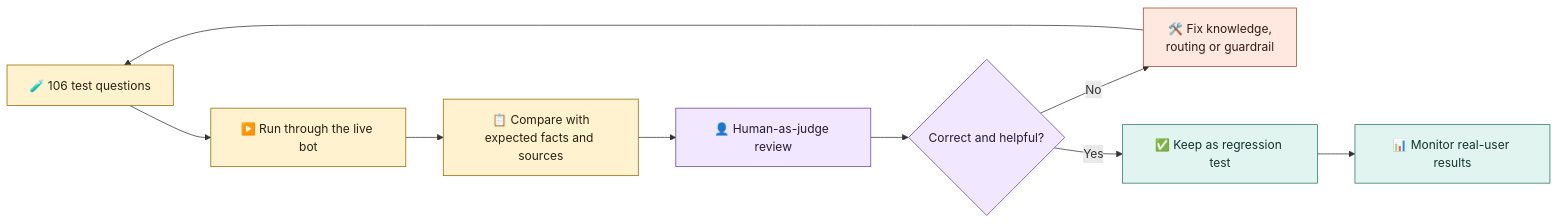
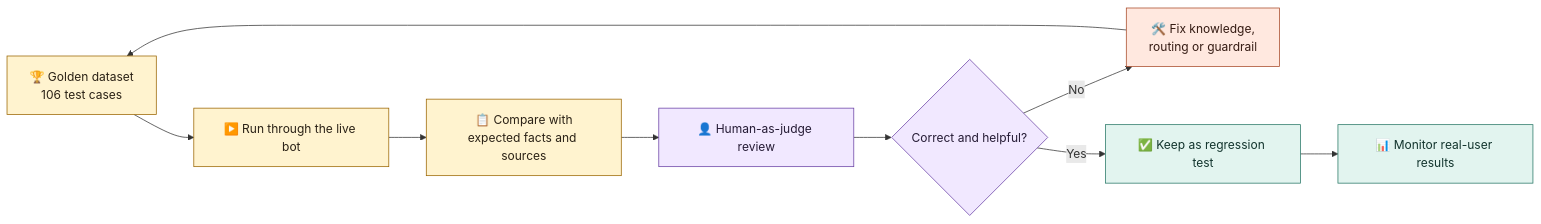
Before and after one commit to robona-pk/portfolio: the second of 2 diagrams in README.md, drawn with Mermaid. The commit also changed other lines of this file, not shown here.

Commit message:
Document golden dataset and RAG terminology

````diff
--- a/README.md
+++ b/README.md
@@ -137,21 +164,21 @@
 ```mermaid
 flowchart LR
-    A["🧪 106 test questions"] --> B["▶️ Run through the live bot"]
+    A["🏆 Golden dataset<br/>106 test cases"] --> B["▶️ Run through the live bot"]
     B --> C["📋 Compare with<br/>expected facts and sources"]
     C --> D["👤 Human-as-judge review"]
     D --> E{"Correct and helpful?"}
     E -- "No" --> F["🛠️ Fix knowledge,<br/>routing or guardrail"]
     F --> A
     E -- "Yes" --> G["✅ Keep as regression test"]
     G --> H["📊 Monitor real-user results"]
 
     classDef test fill:#fff3cf,stroke:#9a6500,color:#2a2115;
     classDef review fill:#f1e8ff,stroke:#6941a5,color:#251b35;
     classDef improve fill:#ffe8df,stroke:#a84a28,color:#351b13;
     classDef pass fill:#e2f4ef,stroke:#277766,color:#12342d;
 
     class A,B,C test;
     class D,E review;
     class F improve;
     class G,H pass;
 ```
````
